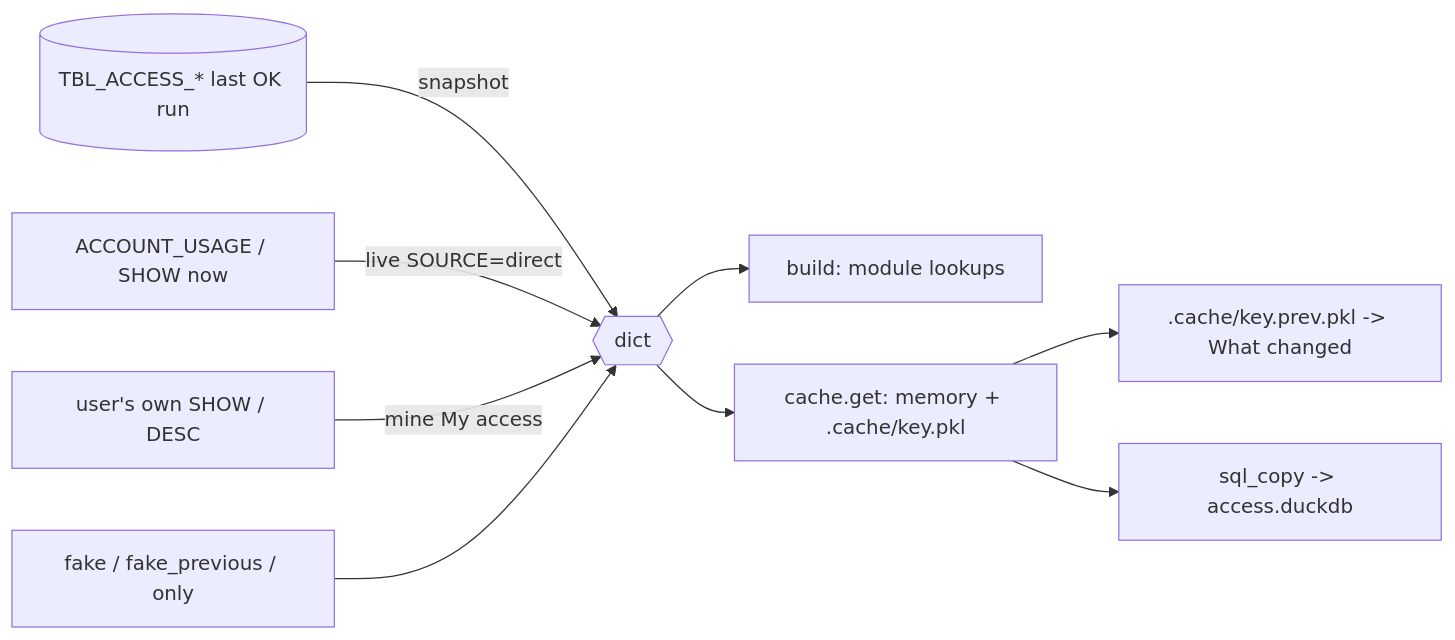
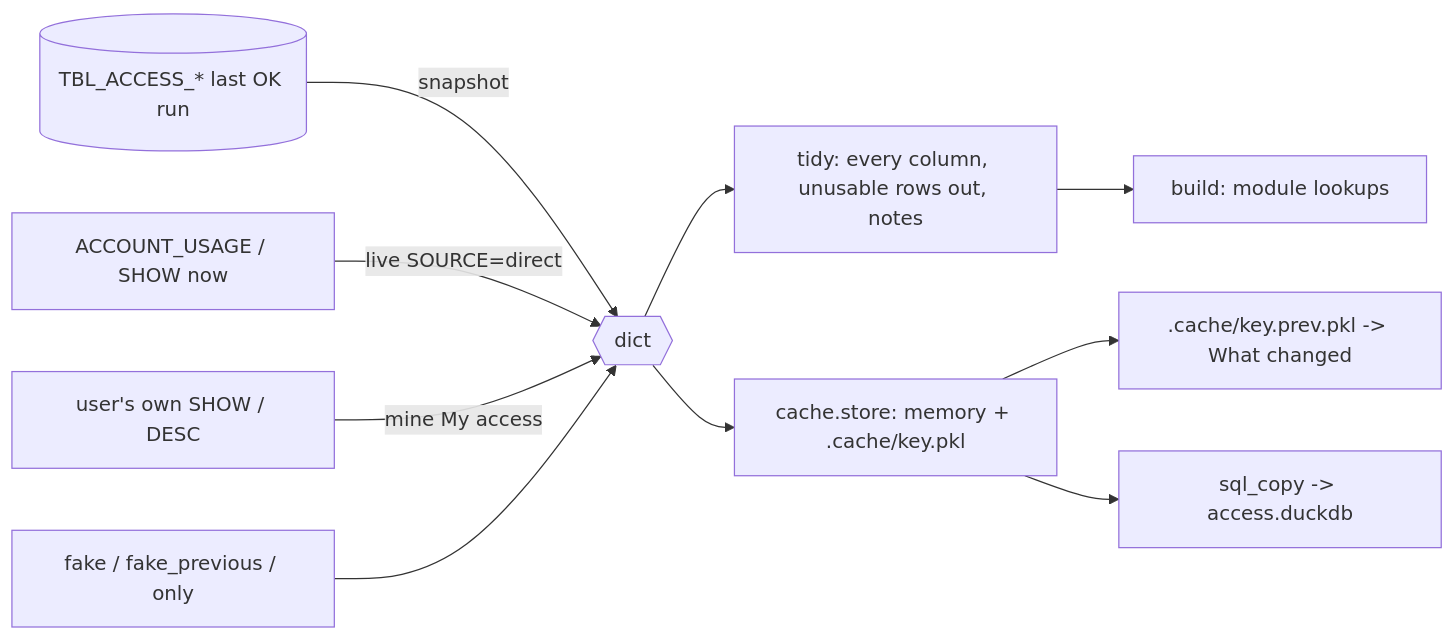
One commit to darshanmeel/snowflake-access-explorer changed the diagram in snowflake-access-explorer-knowledge-graph/data/snapshot-dict.md. Above: the diagram before and after it, drawn with Mermaid. The commit also changed other lines of this file and 82 other files, not shown here.

Commit message:
Knowledge graph: parts store, two-stage load, background refresh, DuckDB rule walk, kept rule results, review fixes (to 448bdbb)

````diff
--- a/snowflake-access-explorer-knowledge-graph/data/snapshot-dict.md
+++ b/snowflake-access-explorer-knowledge-graph/data/snapshot-dict.md
@@ -4,11 +4,12 @@
 ```mermaid
 flowchart LR
   T[(TBL_ACCESS_* last OK run)] -->|snapshot| D{{dict}}
   L[ACCOUNT_USAGE / SHOW now] -->|live SOURCE=direct| D
   M[user's own SHOW / DESC] -->|mine My access| D
   F[fake / fake_previous / only] --> D
-  D --> B[build: module lookups]
-  D --> C[cache.get: memory + .cache/key.pkl]
+  D --> TD[tidy: every column, unusable rows out, notes]
+  TD --> B[build: module lookups]
+  D --> C[cache.store: memory + .cache/key.pkl]
   C --> P[.cache/key.prev.pkl -> What changed]
   C --> Q[sql_copy -> access.duckdb]
 ```
````
